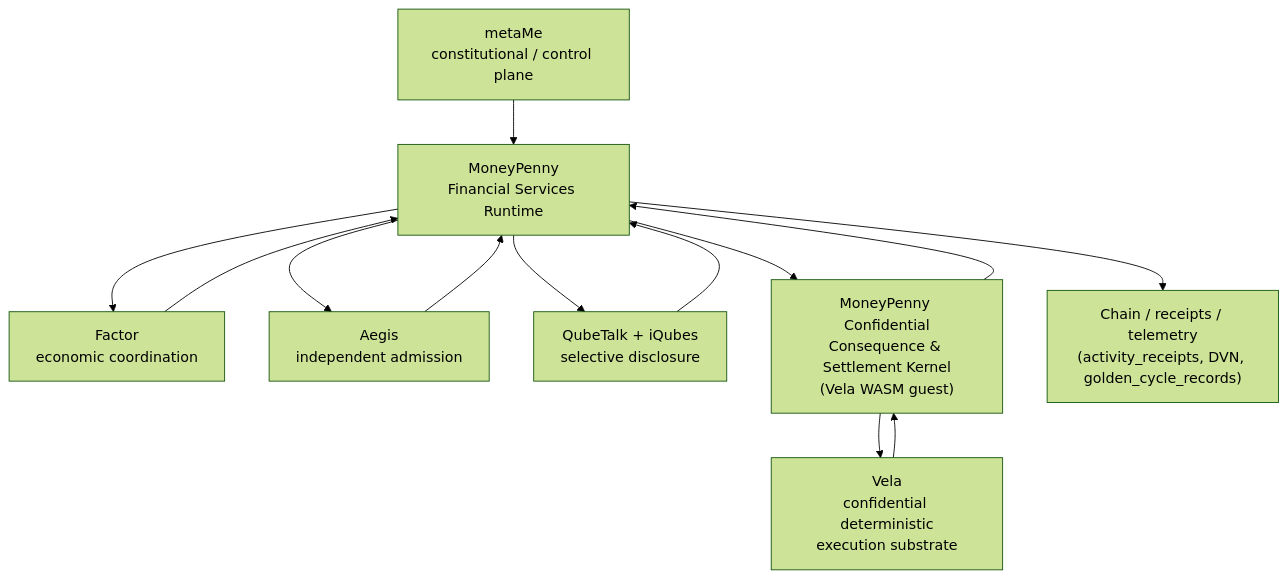
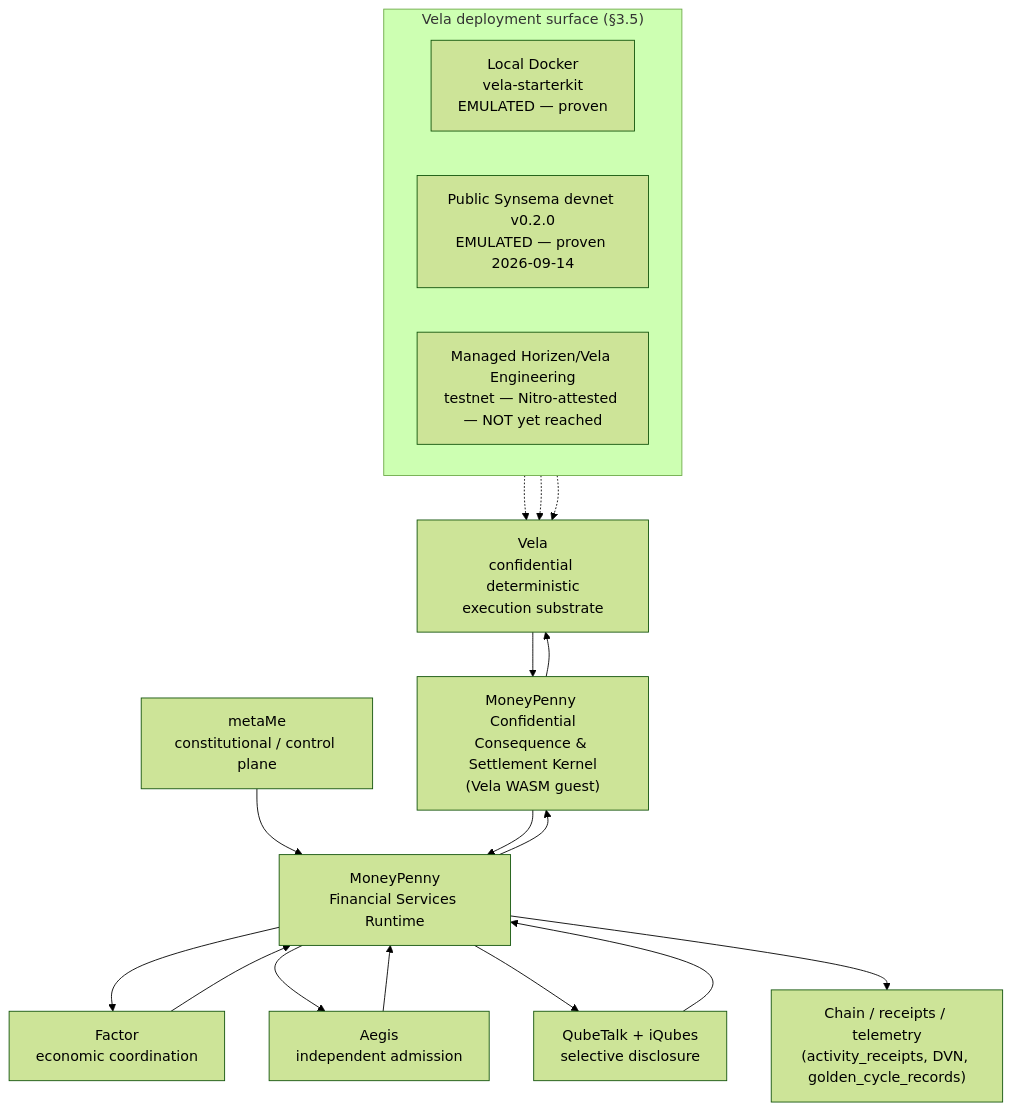
Before and after one commit to iQube-Protocol/AigentZBeta: the first of 5 diagrams in docs/vela/accelerator/constitutional-financial-services/VELA_IMPLEMENTATION_ARCHITECTURE_v1.0.md, drawn with Mermaid (forest theme). The commit also changed other lines of this file and 16 other files, not shown here.

First line of the commit message:
Update Vela architecture doc for devnet milestone; fix Execution Failure Non-Equivalence; prep managed handoff bundle

````diff
--- a/docs/vela/accelerator/constitutional-financial-services/VELA_IMPLEMENTATION_ARCHITECTURE_v1.0.md
+++ b/docs/vela/accelerator/constitutional-financial-services/VELA_IMPLEMENTATION_ARCHITECTURE_v1.0.md
@@ -57,24 +68,34 @@
 ```mermaid
 flowchart TB
     metaMe["metaMe<br/>constitutional / control plane"]
     MoneyPenny["MoneyPenny<br/>Financial Services Runtime"]
     Factor["Factor<br/>economic coordination"]
     Aegis["Aegis<br/>independent admission"]
     QubeTalk["QubeTalk + iQubes<br/>selective disclosure"]
     Kernel["MoneyPenny Confidential<br/>Consequence & Settlement Kernel<br/>(Vela WASM guest)"]
     Vela["Vela<br/>confidential deterministic<br/>execution substrate"]
     Chain["Chain / receipts / telemetry<br/>(activity_receipts, DVN, golden_cycle_records)"]
 
     metaMe --> MoneyPenny
     MoneyPenny --> Factor
     MoneyPenny --> Aegis
     MoneyPenny --> QubeTalk
     Factor --> MoneyPenny
     Aegis --> MoneyPenny
     QubeTalk --> MoneyPenny
     MoneyPenny --> Kernel
     Kernel --> Vela
     Vela --> Kernel
     Kernel --> MoneyPenny
     MoneyPenny --> Chain
+
+    subgraph Deployments["Vela deployment surface (§3.5)"]
+        direction LR
+        Local["Local Docker<br/>vela-starterkit<br/>EMULATED — proven"]
+        Devnet["Public Synsema devnet v0.2.0<br/>EMULATED — proven 2026-09-14"]
+        Managed["Managed Horizen/Vela Engineering<br/>testnet — Nitro-attested — NOT yet reached"]
+    end
+    Local -.-> Vela
+    Devnet -.-> Vela
+    Managed -.-> Vela
 ```
````
